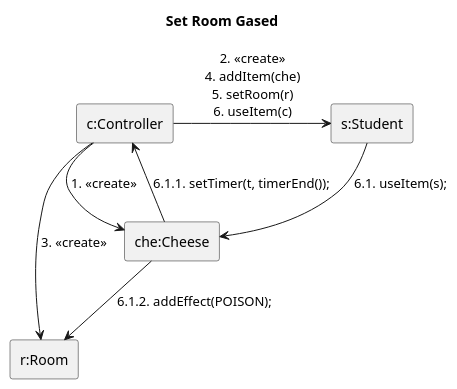
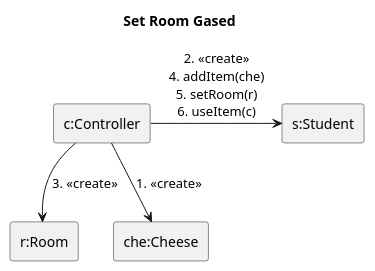
One commit to MBakter/echo changed the diagram in docs/communication_diagrams/cheese_roomgas_communication.plantuml. Above: the diagram before and after it, drawn with PlantUML. The commit also changed 32 other files, not shown here.

Commit message:
diagrams

```diff
--- a/docs/communication_diagrams/cheese_roomgas_communication.plantuml
+++ b/docs/communication_diagrams/cheese_roomgas_communication.plantuml
@@ -1,18 +1,18 @@
 @startuml cd
 
 title  Set Room Gased
 
 skinparam linestyle ortho
 rectangle "r:Room" as r
 rectangle "c:Controller" as c
 rectangle "che:Cheese" as che
 rectangle "s:Student" as s
 
 c --> che: 1. <<create>>
 c --> r: 3. <<create>>
 c -> s: 2. <<create>>\n4. addItem(che)\n5. setRoom(r)\n6. useItem(c)
-s --> che: 6.1. useItem(s);
-che --> c: 6.1.1. setTimer(t, timerEnd());
-che --> r: 6.1.2. addEffect(POISON);
+' s --> che: 6.1. useItem(s);
+' che --> c: 6.1.1. setTimer(t, timerEnd());
+' che --> r: 6.1.2. addEffect(POISON);
 
 @enduml
```
